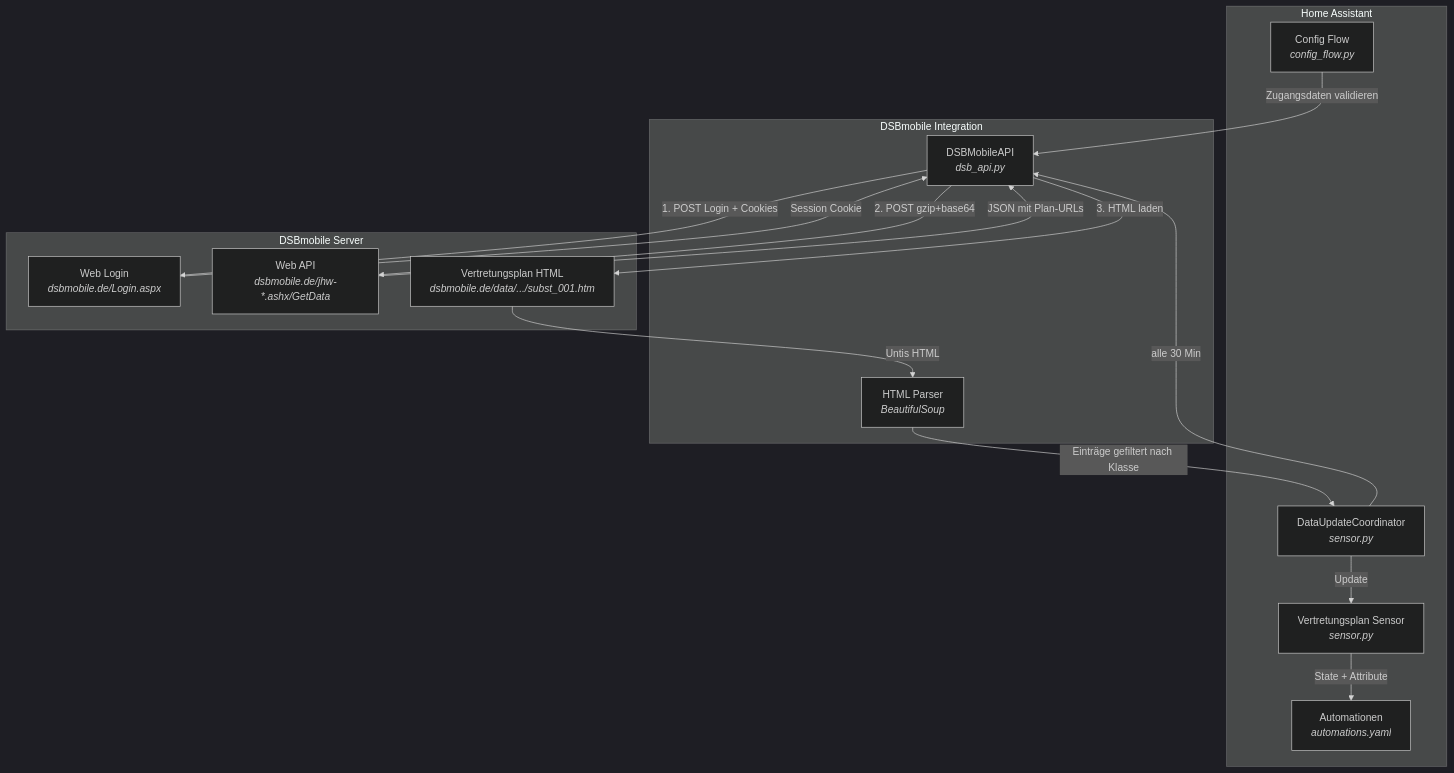
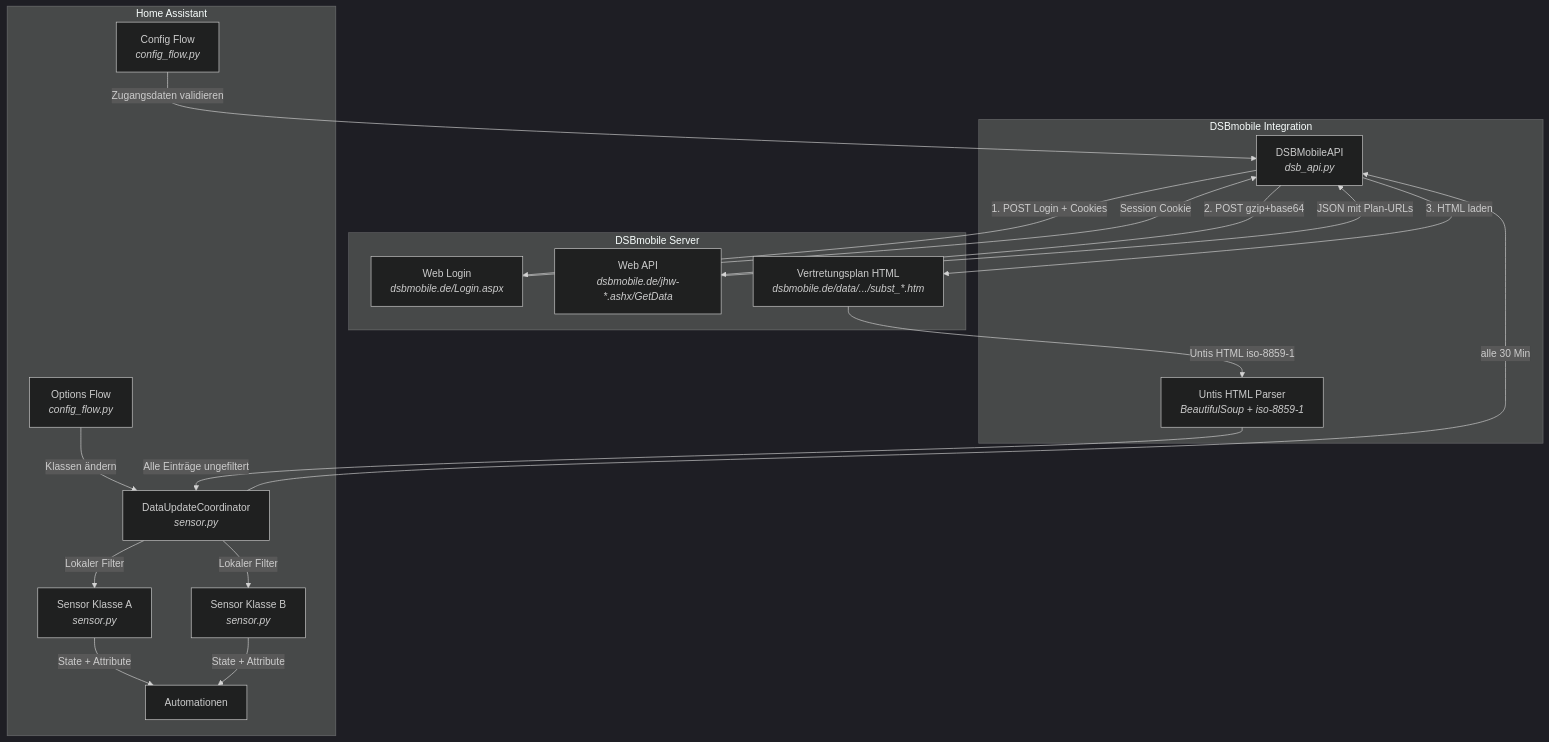
One commit to Tenner/dsbmobile changed the first of 3 diagrams in README.md. Above: the diagram before and after it, drawn with Mermaid (dark theme). The commit also changed other lines of this file and 2 other files, not shown here.

Commit message:
docs: update README for v2.3, add 27 regression tests for Untis parser

````diff
--- a/README.md
+++ b/README.md
@@ -209,32 +210,37 @@
 ```mermaid
 graph TB
     subgraph Home Assistant
         CF[Config Flow<br><i>config_flow.py</i>]
+        OF[Options Flow<br><i>config_flow.py</i>]
         CO[DataUpdateCoordinator<br><i>sensor.py</i>]
-        SE[Vertretungsplan Sensor<br><i>sensor.py</i>]
-        AU[Automationen<br><i>automations.yaml</i>]
+        SE1[Sensor Klasse A<br><i>sensor.py</i>]
+        SE2[Sensor Klasse B<br><i>sensor.py</i>]
+        AU[Automationen]
     end
 
     subgraph DSBmobile Integration
         API[DSBMobileAPI<br><i>dsb_api.py</i>]
-        PA[HTML Parser<br><i>BeautifulSoup</i>]
+        PA[Untis HTML Parser<br><i>BeautifulSoup + iso-8859-1</i>]
     end
 
     subgraph DSBmobile Server
         LOGIN[Web Login<br><i>dsbmobile.de/Login.aspx</i>]
         WEBAPI[Web API<br><i>dsbmobile.de/jhw-*.ashx/GetData</i>]
-        HTML[Vertretungsplan HTML<br><i>dsbmobile.de/data/.../subst_001.htm</i>]
+        HTML[Vertretungsplan HTML<br><i>dsbmobile.de/data/.../subst_*.htm</i>]
     end
 
     CF -->|Zugangsdaten validieren| API
+    OF -->|Klassen ändern| CO
     CO -->|alle 30 Min| API
     API -->|1. POST Login + Cookies| LOGIN
     LOGIN -->|Session Cookie| API
     API -->|2. POST gzip+base64| WEBAPI
     WEBAPI -->|JSON mit Plan-URLs| API
     API -->|3. HTML laden| HTML
-    HTML -->|Untis HTML| PA
-    PA -->|Einträge gefiltert nach Klasse| CO
-    CO -->|Update| SE
-    SE -->|State + Attribute| AU
+    HTML -->|Untis HTML iso-8859-1| PA
+    PA -->|Alle Einträge ungefiltert| CO
+    CO -->|Lokaler Filter| SE1
+    CO -->|Lokaler Filter| SE2
+    SE1 -->|State + Attribute| AU
+    SE2 -->|State + Attribute| AU
 ```
````
